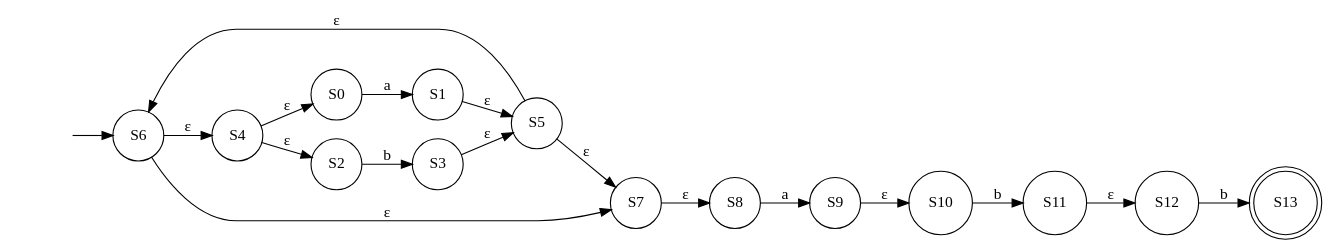
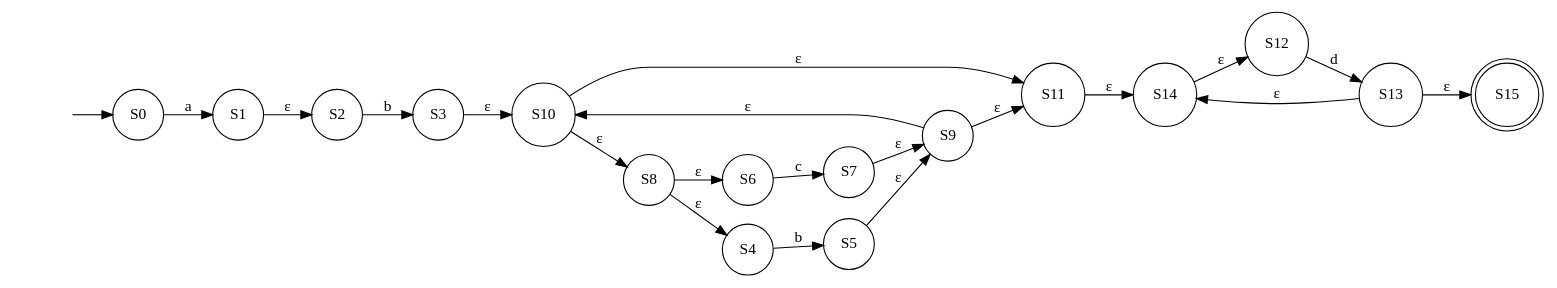
Before and after one commit to youssefhassan01/Compilers_Assignment: the diagram in NFA.gv, drawn with Graphviz. The commit also changed 11 other files, not shown here.

```diff
--- a/NFA.gv
+++ b/NFA.gv
@@ -1,35 +1,40 @@
 digraph NFA {
 	graph [rankdir=LR]
 	"" [label="" shape=plaintext]
-	S13 [label=S13 shape=doublecircle]
+	S15 [label=S15 shape=doublecircle]
+	S9 [label=S9 shape=circle]
+	S7 [label=S7 shape=circle]
+	S14 [label=S14 shape=circle]
+	S10 [label=S10 shape=circle]
+	S4 [label=S4 shape=circle]
+	S11 [label=S11 shape=circle]
+	S13 [label=S13 shape=circle]
+	S5 [label=S5 shape=circle]
+	S2 [label=S2 shape=circle]
+	S0 [label=S0 shape=circle]
+	S6 [label=S6 shape=circle]
 	S3 [label=S3 shape=circle]
-	S10 [label=S10 shape=circle]
-	S0 [label=S0 shape=circle]
-	S4 [label=S4 shape=circle]
-	S5 [label=S5 shape=circle]
-	S6 [label=S6 shape=circle]
+	S8 [label=S8 shape=circle]
+	S1 [label=S1 shape=circle]
 	S12 [label=S12 shape=circle]
-	S11 [label=S11 shape=circle]
-	S7 [label=S7 shape=circle]
-	S9 [label=S9 shape=circle]
-	S8 [label=S8 shape=circle]
-	S2 [label=S2 shape=circle]
-	S1 [label=S1 shape=circle]
-	"" -> S6 [label=""]
+	"" -> S0 [label=""]
 	S0 -> S1 [label=a]
-	S1 -> S5 [label="ε"]
+	S1 -> S2 [label="ε"]
 	S2 -> S3 [label=b]
-	S3 -> S5 [label="ε"]
-	S4 -> S0 [label="ε"]
-	S4 -> S2 [label="ε"]
-	S5 -> S6 [label="ε"]
-	S5 -> S7 [label="ε"]
-	S6 -> S7 [label="ε"]
-	S6 -> S4 [label="ε"]
-	S7 -> S8 [label="ε"]
-	S8 -> S9 [label=a]
+	S3 -> S10 [label="ε"]
+	S4 -> S5 [label=b]
+	S5 -> S9 [label="ε"]
+	S6 -> S7 [label=c]
+	S7 -> S9 [label="ε"]
+	S8 -> S4 [label="ε"]
+	S8 -> S6 [label="ε"]
 	S9 -> S10 [label="ε"]
-	S10 -> S11 [label=b]
-	S11 -> S12 [label="ε"]
-	S12 -> S13 [label=b]
+	S9 -> S11 [label="ε"]
+	S10 -> S8 [label="ε"]
+	S10 -> S11 [label="ε"]
+	S11 -> S14 [label="ε"]
+	S12 -> S13 [label=d]
+	S13 -> S15 [label="ε"]
+	S13 -> S14 [label="ε"]
+	S14 -> S12 [label="ε"]
 }
```
